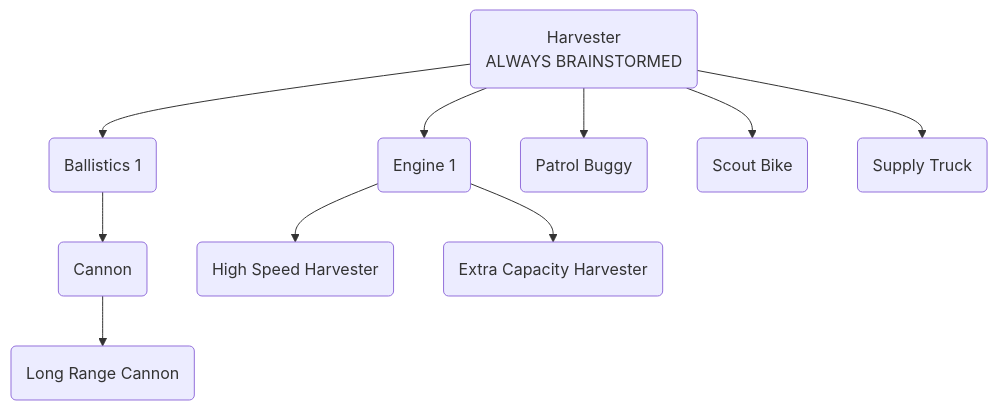
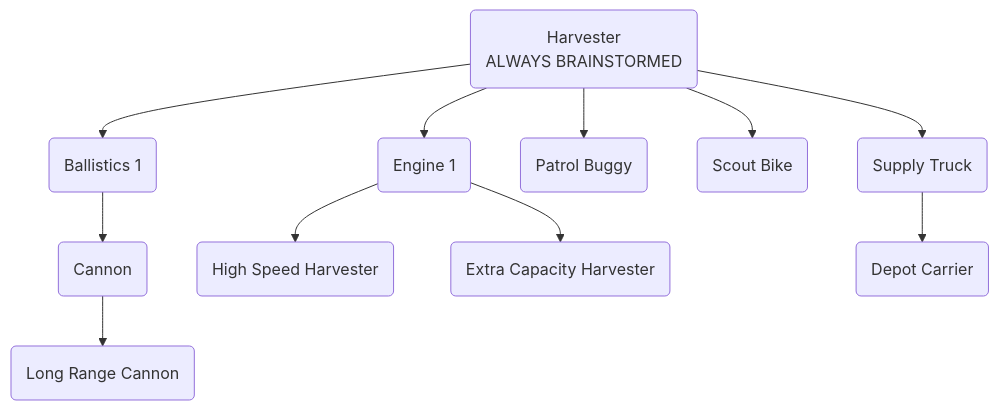
Before and after one commit to wadcom/kisarra-docs: the diagram in README.md, drawn with Mermaid.

Commit message:
Add Depot Carrier to the technology tree

````diff
--- a/README.md
+++ b/README.md
@@ -216,13 +216,14 @@
 ```mermaid
 graph TD;
     harvester(Harvester\nALWAYS BRAINSTORMED);
     harvester-->ballistics-1(Ballistics 1);
     ballistics-1-->cannon(Cannon);
     cannon-->long-range-cannon(Long Range Cannon);
     harvester-->engine-1(Engine 1);
     engine-1-->high-speed-harvester(High Speed Harvester);
     engine-1-->extra-capacity-harvester(Extra Capacity Harvester);
     harvester-->patrol-buggy(Patrol Buggy);
     harvester-->scout-bike(Scout Bike);
     harvester-->supply-truck(Supply Truck);
+    supply-truck-->depot-carrier(Depot Carrier);
 ```
````
